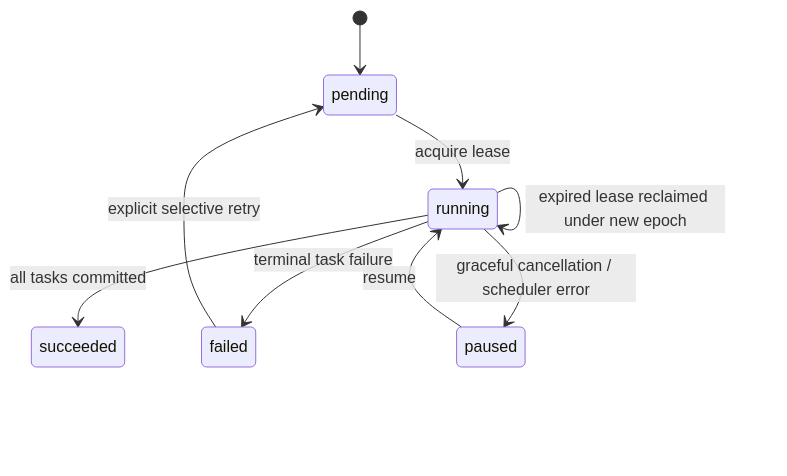
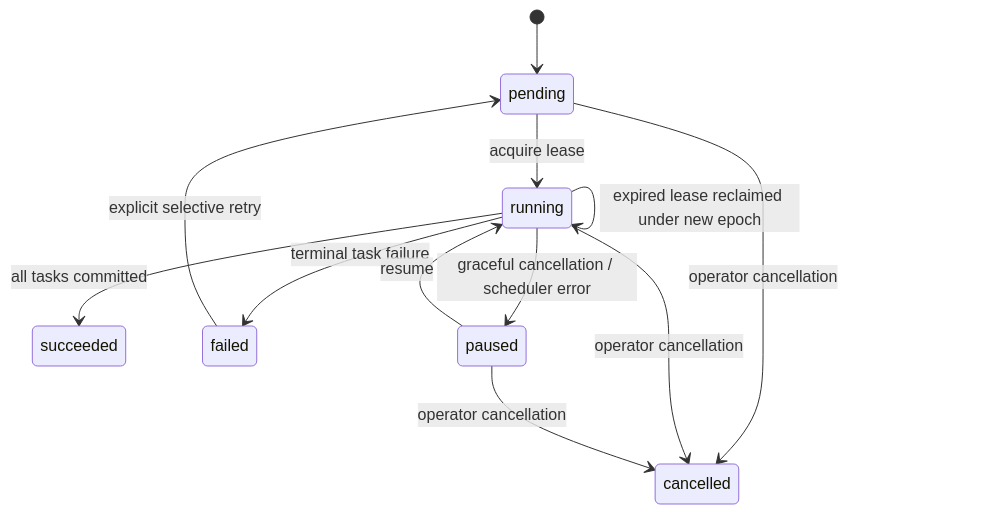
The second of 3 diagrams in docs/architecture.md (Sanjays2402/retrace), drawn with Mermaid before and after one commit. The commit also changed other lines of this file and 18 other files, not shown here.

````diff
--- a/docs/architecture.md
+++ b/docs/architecture.md
@@ -61,11 +61,14 @@
 ```mermaid
 stateDiagram-v2
     [*] --> pending
     pending --> running: acquire lease
     running --> succeeded: all tasks committed
     running --> failed: terminal task failure
     running --> paused: graceful cancellation / scheduler error
+    pending --> cancelled: operator cancellation
+    running --> cancelled: operator cancellation
+    paused --> cancelled: operator cancellation
     paused --> running: resume
     failed --> pending: explicit selective retry
     running --> running: expired lease reclaimed under new epoch
 ```
````
